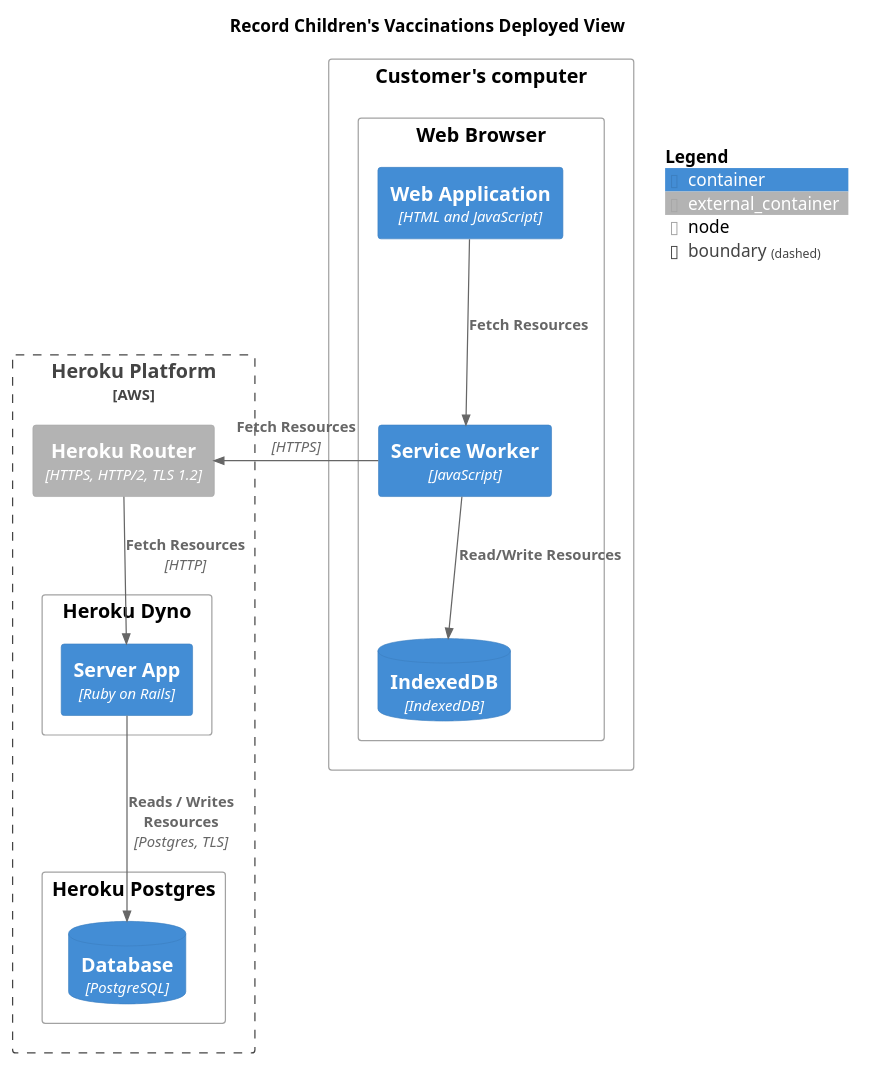
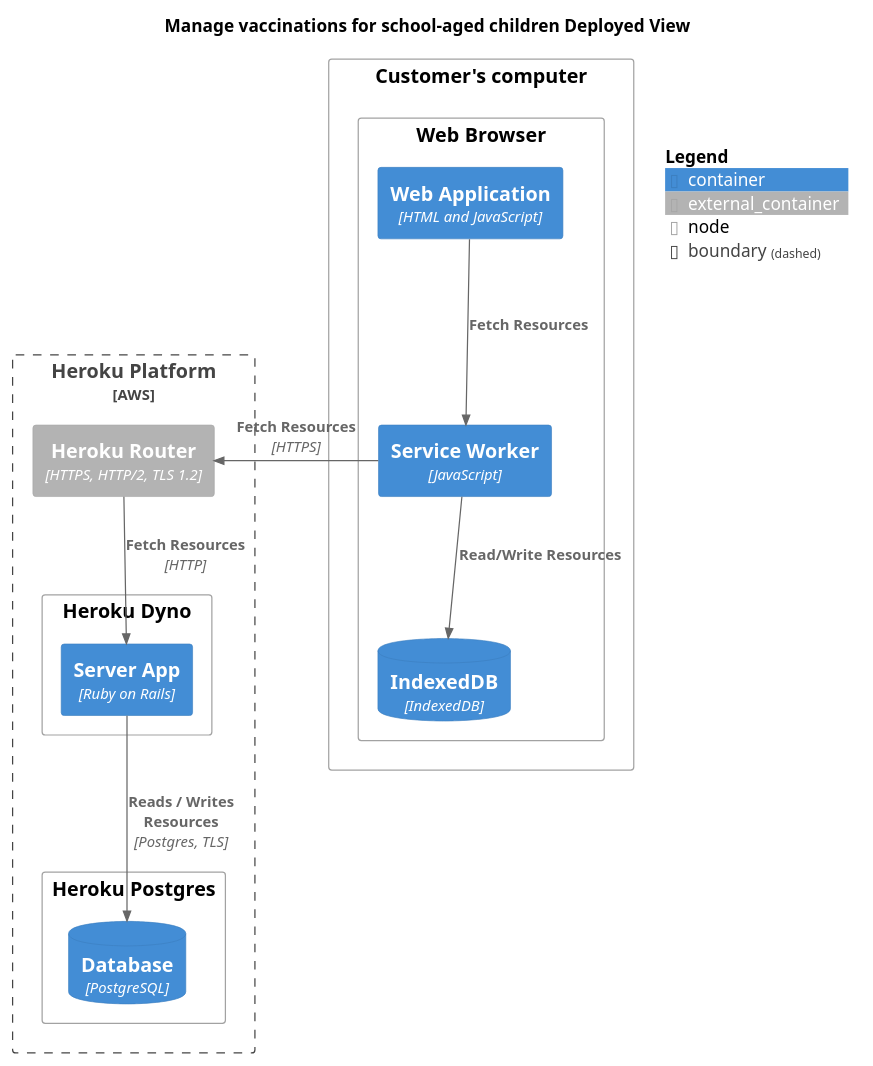
The diagram in docs/diagrams/deployed-view.puml (nhsuk/manage-vaccinations-in-schools), drawn with PlantUML before and after one commit. The commit also changed 12 other files, not shown here.

Commit message:
Rename service to Manage vaccinations for school-aged children

```diff
--- a/docs/diagrams/deployed-view.puml
+++ b/docs/diagrams/deployed-view.puml
@@ -1,35 +1,35 @@
 @startuml
 
 !include <C4/C4_Deployment.puml>
 
-title "Record Children's Vaccinations Deployed View"
+title "Manage vaccinations for school-aged children Deployed View"
 
 Boundary(heroku, "Heroku Platform", "AWS") {
     Container_Ext(router, "Heroku Router", "HTTPS, HTTP/2, TLS 1.2")
 
     Deployment_Node(dyno, "Heroku Dyno") {
         Container(server, "Server App", "Ruby on Rails")
     }
 
     Deployment_Node(herokuPostgres, "Heroku Postgres") {
         ContainerDb(db, "Database", "PostgreSQL")
     }
 }
 
 Deployment_Node(comp, "Customer's computer") {
     Deployment_Node(browser, "Web Browser") {
         Container(webapp, "Web Application", "HTML and JavaScript")
         Container(sw, "Service Worker", "JavaScript")
         ContainerDb(indexedb, "IndexedDB", "IndexedDB")
     }
 }
 
 Rel(router, server, "Fetch Resources", "HTTP")
 Rel(server, db, "Reads / Writes Resources", "Postgres, TLS")
 Rel_L(sw, router, "Fetch Resources", "HTTPS")
 Rel(webapp, sw, "Fetch Resources")
 Rel(sw, indexedb, "Read/Write Resources")
 
 SHOW_FLOATING_LEGEND()
 
 @enduml
```
